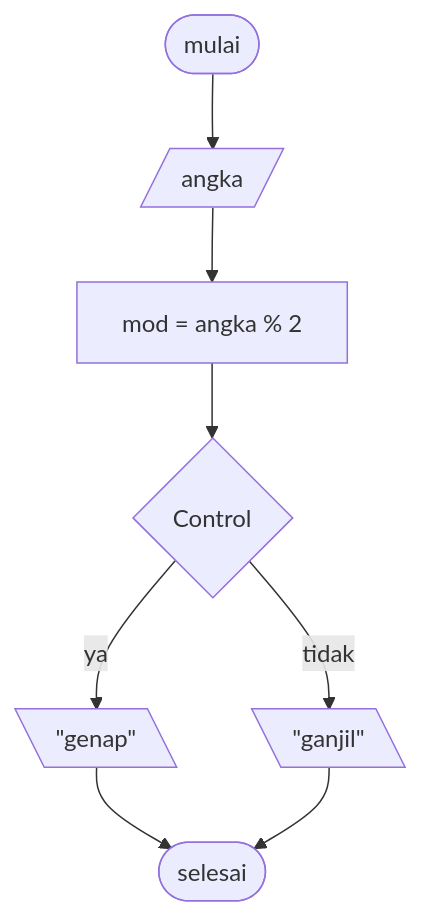
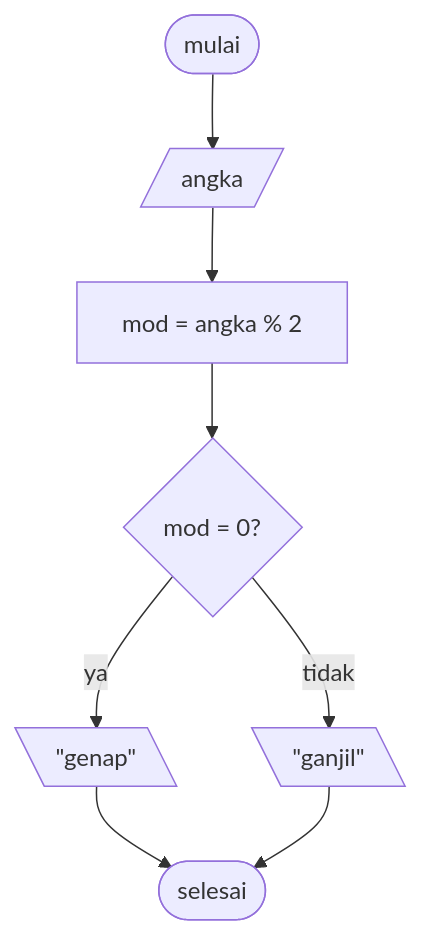
The diagram in README.md (sronnaim/koda-b10-algoritma), drawn with Mermaid before and after one commit.

Commit message:
chore: fixed typo

````diff
--- a/README.md
+++ b/README.md
@@ -27,14 +27,14 @@
 ```mermaid
 flowchart TD
     Start@{ shape: terminal, label: mulai }
     Input@{ shape: lean-r, label: angka }
     A@{ shape: rect,  label: "mod = angka % 2" }
-    Control@{ shape: diamond, "label: mod = 0?" }
+    Control@{ shape: diamond, label: "mod = 0?" }
     OutputOdd@{ shape: lean-l, label: "#quot;ganjil#quot;" }
     OutputEven@{ shape: lean-l, label: "#quot;genap#quot;" }
     End@{ shape: terminal, label: selesai }
 
     Start --> Input --> A --> Control
     Control --ya--> OutputEven --> End
     Control --tidak--> OutputOdd --> End
 ```
````
